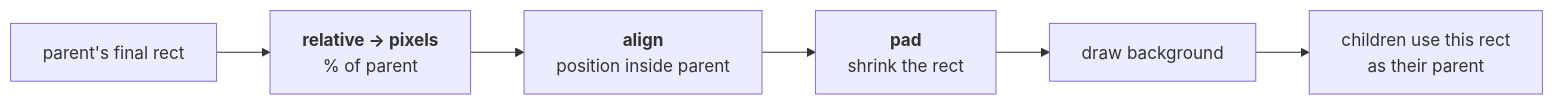
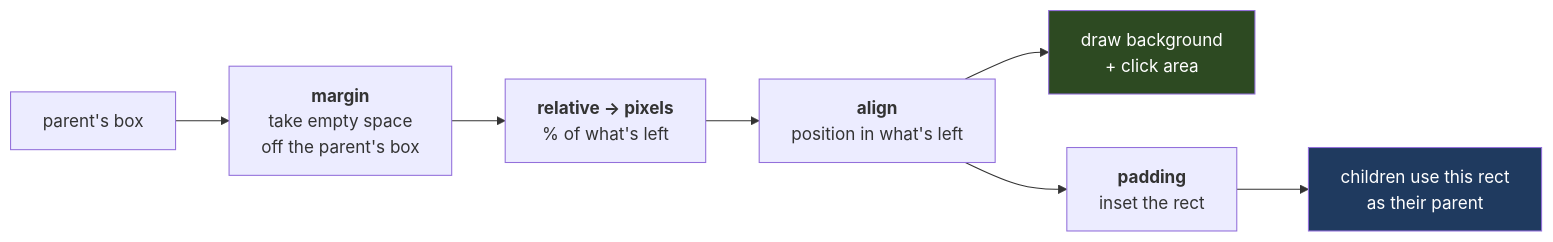
The second of 4 diagrams in OVERVIEW.md (Zephyr75/gutter), drawn with Mermaid before and after one commit. The commit also changed other lines of this file and 11 other files, not shown here.

Commit message:
Split padding between margin outside and padding inside

````diff
--- a/OVERVIEW.md
+++ b/OVERVIEW.md
@@ -82,8 +83,12 @@
 ```mermaid
 flowchart LR
-    P["parent's final rect"] --> R["<b>relative → pixels</b><br/>% of parent"]
-    R --> A["<b>align</b><br/>position inside parent"]
-    A --> PD["<b>pad</b><br/>shrink the rect"]
-    PD --> D["draw background"]
-    D --> C["children use this rect<br/>as their parent"]
+    P["parent's box"] --> M["<b>margin</b><br/>take empty space<br/>off the parent's box"]
+    M --> R["<b>relative → pixels</b><br/>% of what's left"]
+    R --> A["<b>align</b><br/>position in what's left"]
+    A --> D["draw background<br/>+ click area"]
+    A --> PD["<b>padding</b><br/>inset the rect"]
+    PD --> C["children use this rect<br/>as their parent"]
+
+    style D fill:#2d4a22,color:#fff
+    style C fill:#1f3a5f,color:#fff
 ```
````
